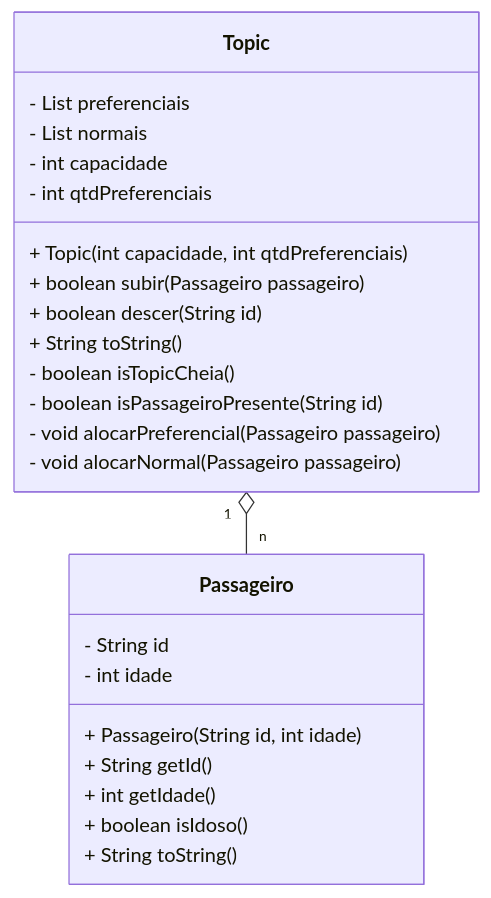
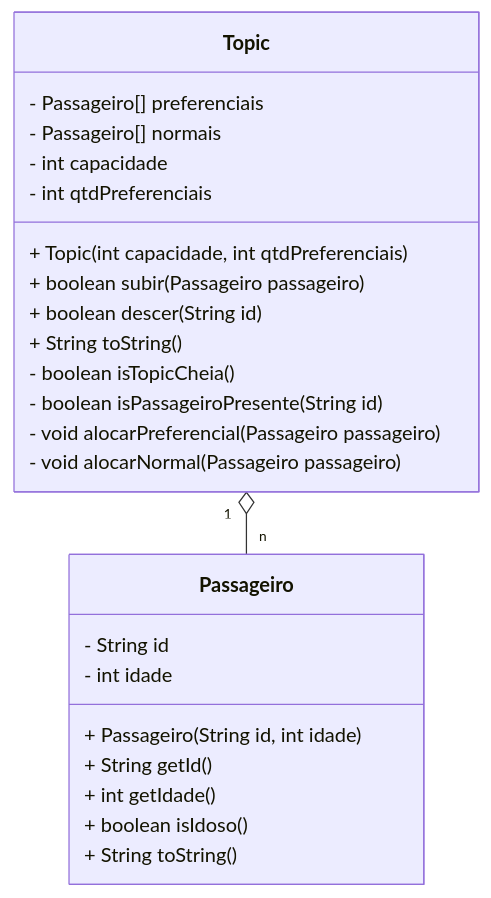
One commit to profBruno-UFC-Qx/qxd0007-topic-de-luxo changed the diagram in README.md. Above: the diagram before and after it, drawn with Mermaid. The commit also changed other lines of this file, not shown here.

Commit message:
Melhorias no enunciado

````diff
--- a/README.md
+++ b/README.md
@@ -44,29 +41,29 @@
 ```mermaid
 classDiagram
     class Topic {
-        - List<Passageiro> preferenciais
-        - List<Passageiro> normais
+        - Passageiro[] preferenciais
+        - Passageiro[] normais
         - int capacidade
         - int qtdPreferenciais
         + Topic(int capacidade, int qtdPreferenciais)
         + boolean subir(Passageiro passageiro)
         + boolean descer(String id)
         + String toString()
         - boolean isTopicCheia()
         - boolean isPassageiroPresente(String id)
         - void alocarPreferencial(Passageiro passageiro)
         - void alocarNormal(Passageiro passageiro)
     }
     
     class Passageiro {
         - String id
         - int idade
         + Passageiro(String id, int idade)
         + String getId()
         + int getIdade()
         + boolean isIdoso()
         + String toString()
     }
     
     Topic "1" o-- "n" Passageiro
 ```
````
